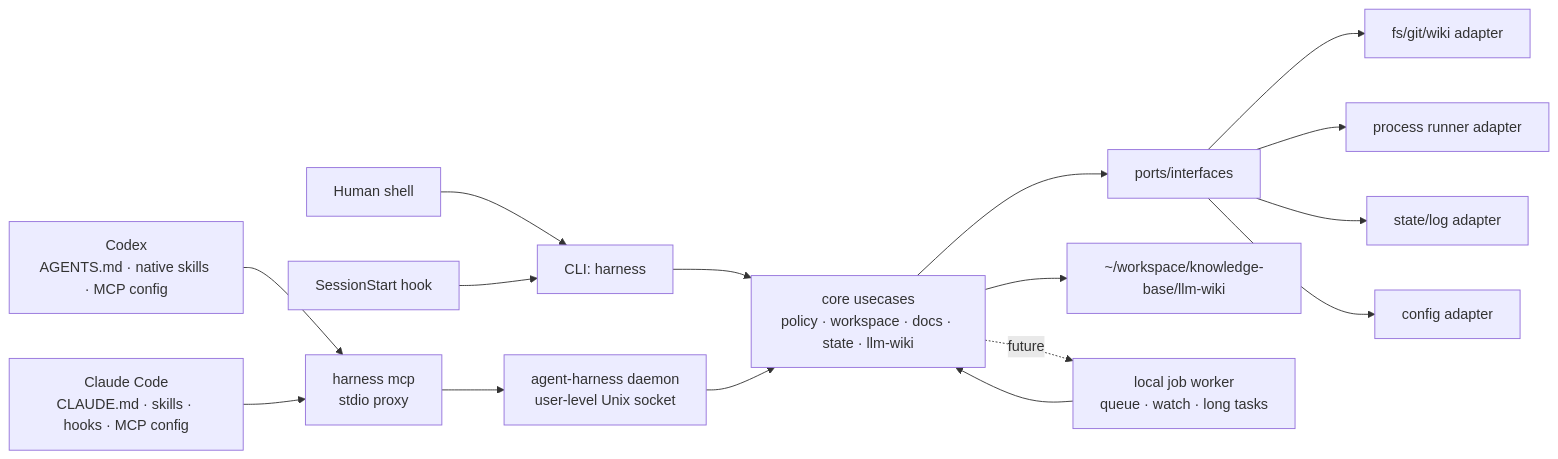
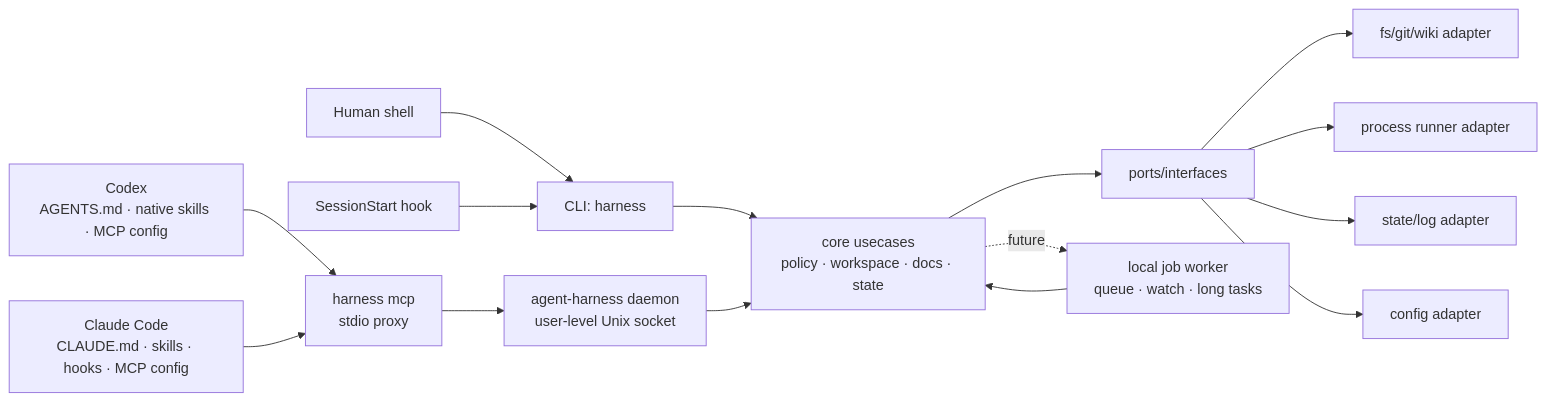
One commit to m16khb-org/agent-harness changed the diagram in agent_docs/ARCHITECTURE.md. Above: the diagram before and after it, drawn with Mermaid. The commit also changed other lines of this file and 49 other files, not shown here.

First line of the commit message:
refactor(harness): delegate llm-wiki to upstream plugin

````diff
--- a/agent_docs/ARCHITECTURE.md
+++ b/agent_docs/ARCHITECTURE.md
@@ -22,20 +21,19 @@
 ```mermaid
 flowchart LR
     Codex["Codex<br/>AGENTS.md · native skills · MCP config"] --> MCPProxy["harness mcp<br/>stdio proxy"]
     Claude["Claude Code<br/>CLAUDE.md · skills · hooks · MCP config"] --> MCPProxy
     Human["Human shell"] --> CLI["CLI: harness"]
     Hook["SessionStart hook"] --> CLI
 
     MCPProxy --> Daemon["agent-harness daemon<br/>user-level Unix socket"]
-    CLI --> Core["core usecases<br/>policy · workspace · docs · state · llm-wiki"]
+    CLI --> Core["core usecases<br/>policy · workspace · docs · state"]
     Daemon --> Core
     Core --> Ports["ports/interfaces"]
     Ports --> FS["fs/git/wiki adapter"]
     Ports --> Proc["process runner adapter"]
     Ports --> State["state/log adapter"]
     Ports --> Config["config adapter"]
-    Core --> Wiki["~/workspace/knowledge-base/llm-wiki"]
 
     Core -. future .-> Worker["local job worker<br/>queue · watch · long tasks"]
     Worker --> Core
 ```
````
